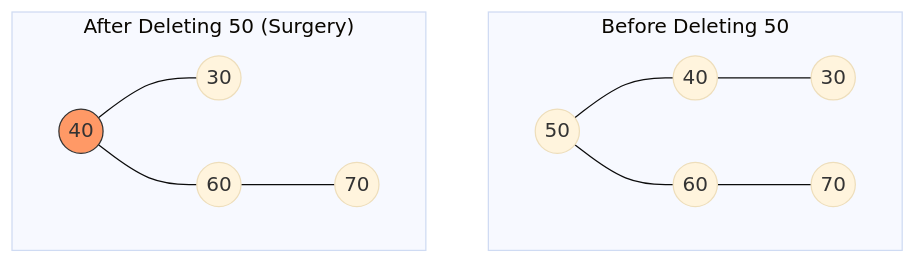
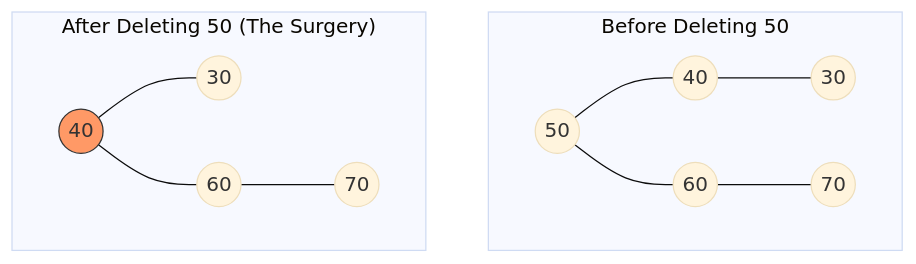
Before and after one commit to muhammad-khaled-tech/My-Study-Notes: the third of 3 diagrams in Data Structure/Tree lecture code Explanation.md, drawn with Mermaid (base theme). The commit also changed other lines of this file and 1 other file, not shown here.

````diff
--- a/Data Structure/Tree lecture code Explanation.md
+++ b/Data Structure/Tree lecture code Explanation.md
@@ -156,16 +316,16 @@
 ```mermaid
 graph TD
     subgraph "Before Deleting 50"
     A((50)) --- B((40))
     A --- C((60))
     B --- D((30))
     C --- E((70))
     end
 
-    subgraph "After Deleting 50 (Surgery)"
+    subgraph "After Deleting 50 (The Surgery)"
     NewRoot((40)) --- B2((30))
     NewRoot --- C2((60))
     C2 --- E2((70))
     style NewRoot fill:#f96,stroke:#333
     end
 ```
````
